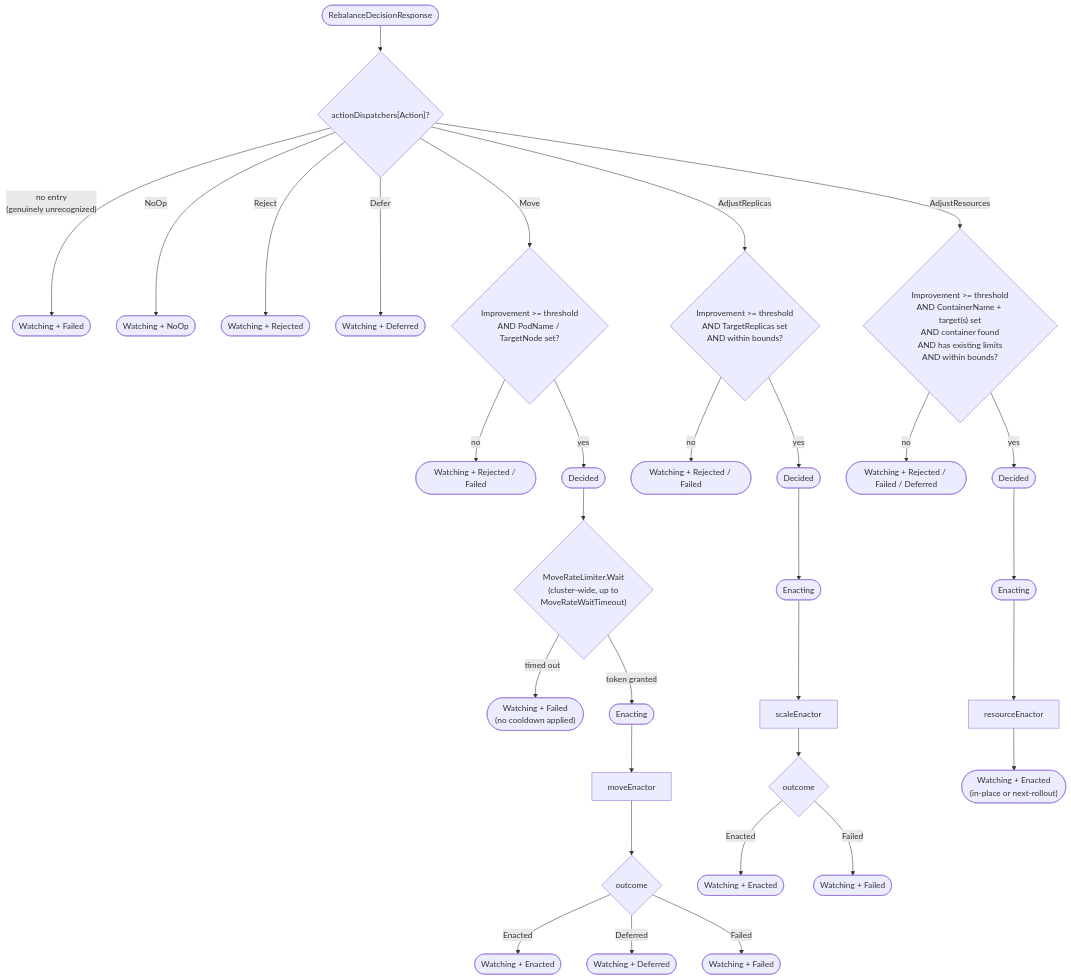
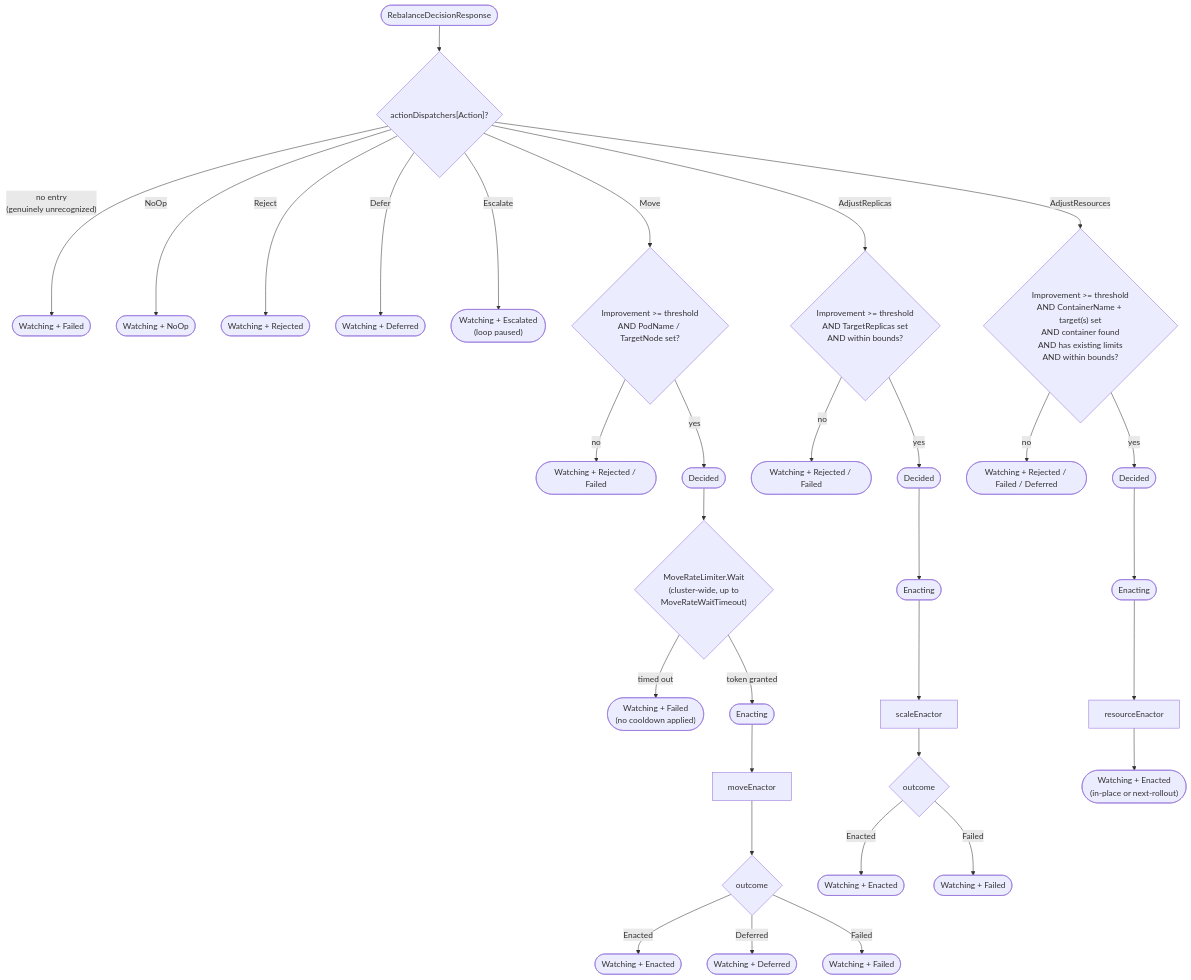
Before and after one commit to HIRO-MicroDataCenters-BV/hiro-adaptive-orchestrator: the eighth of 35 diagrams in internal/rebalance/README.md, drawn with Mermaid. The commit also changed other lines of this file and 16 other files, not shown here.

````diff
--- a/internal/rebalance/README.md
+++ b/internal/rebalance/README.md
@@ -359,30 +361,31 @@
 ```mermaid
 flowchart TD
     Resp(["RebalanceDecisionResponse"]) --> Reg{"actionDispatchers[Action]?"}
     Reg -- "no entry<br/>(genuinely unrecognized)" --> F1(["Watching + Failed"])
     Reg -- NoOp --> N1(["Watching + NoOp"])
     Reg -- Reject --> N2(["Watching + Rejected"])
     Reg -- Defer --> N3(["Watching + Deferred"])
+    Reg -- Escalate --> N4(["Watching + Escalated<br/>(loop paused)"])
     Reg -- Move --> G{"Improvement >= threshold<br/>AND PodName / TargetNode set?"}
     G -- no --> Rej(["Watching + Rejected / Failed"])
     G -- yes --> D(["Decided"])
     D --> RL{"MoveRateLimiter.Wait<br/>(cluster-wide, up to<br/>MoveRateWaitTimeout)"}
     RL -- "timed out" --> RLF(["Watching + Failed<br/>(no cooldown applied)"])
     RL -- "token granted" --> Enacting(["Enacting"]) --> ME["moveEnactor"]
     ME --> Out{"outcome"}
     Out -- Enacted --> W1(["Watching + Enacted"])
     Out -- Deferred --> W2(["Watching + Deferred"])
     Out -- Failed --> W3(["Watching + Failed"])
 
     Reg -- AdjustReplicas --> G2{"Improvement >= threshold<br/>AND TargetReplicas set<br/>AND within bounds?"}
     G2 -- no --> Rej2(["Watching + Rejected / Failed"])
     G2 -- yes --> D2(["Decided"]) --> Enacting2(["Enacting"]) --> SE["scaleEnactor"]
     SE --> Out2{"outcome"}
     Out2 -- Enacted --> W4(["Watching + Enacted"])
     Out2 -- Failed --> W5(["Watching + Failed"])
 
     Reg -- AdjustResources --> G3{"Improvement >= threshold<br/>AND ContainerName + target(s) set<br/>AND container found<br/>AND has existing limits<br/>AND within bounds?"}
     G3 -- no --> Rej3(["Watching + Rejected / Failed / Deferred"])
     G3 -- yes --> D3(["Decided"]) --> Enacting3(["Enacting"]) --> RE["resourceEnactor"]
     RE --> Out3(["Watching + Enacted<br/>(in-place or next-rollout)"])
 ```
````
